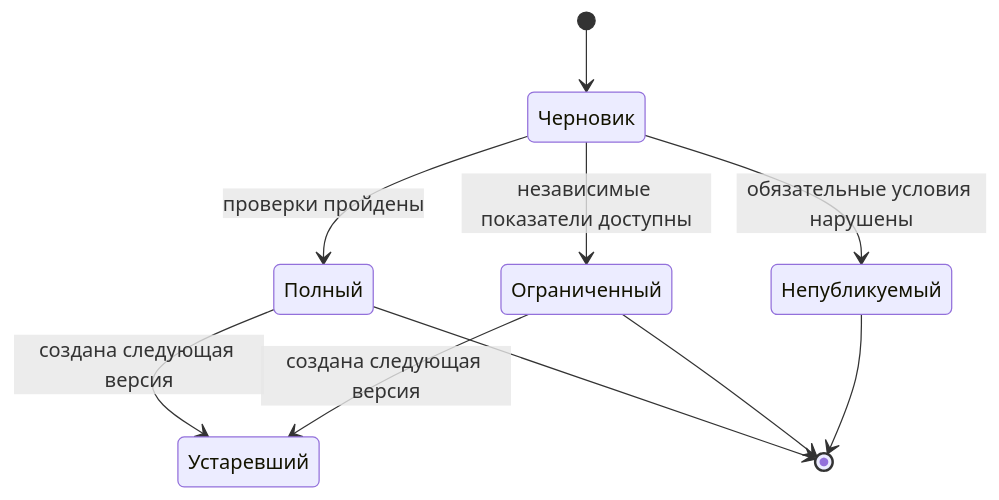
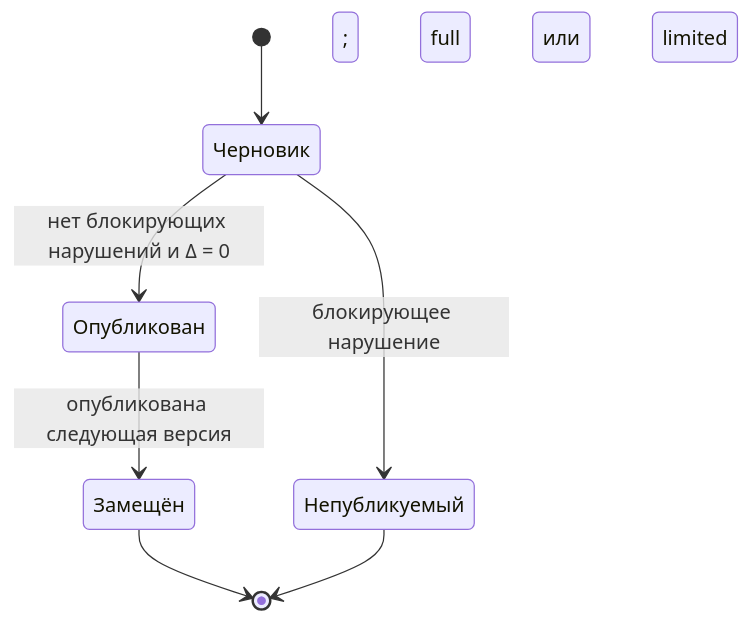
Before and after one commit to onlyuncia/grafio-product-docs: the second of 4 diagrams in docs/processes/status-models.md, drawn with Mermaid. The commit also changed other lines of this file and 152 other files, not shown here.

````diff
--- a/docs/processes/status-models.md
+++ b/docs/processes/status-models.md
@@ -41,12 +43,9 @@
 ```mermaid
 stateDiagram-v2
     [*] --> Черновик
-    Черновик --> Полный: проверки пройдены
-    Черновик --> Ограниченный: независимые показатели доступны
-    Черновик --> Непубликуемый: обязательные условия нарушены
-    Полный --> Устаревший: создана следующая версия
-    Ограниченный --> Устаревший: создана следующая версия
-    Полный --> [*]
-    Ограниченный --> [*]
+    Черновик --> Опубликован: нет блокирующих нарушений и Δ = 0; full или limited
+    Черновик --> Непубликуемый: блокирующее нарушение
+    Опубликован --> Замещён: опубликована следующая версия
+    Замещён --> [*]
     Непубликуемый --> [*]
 ```
````
